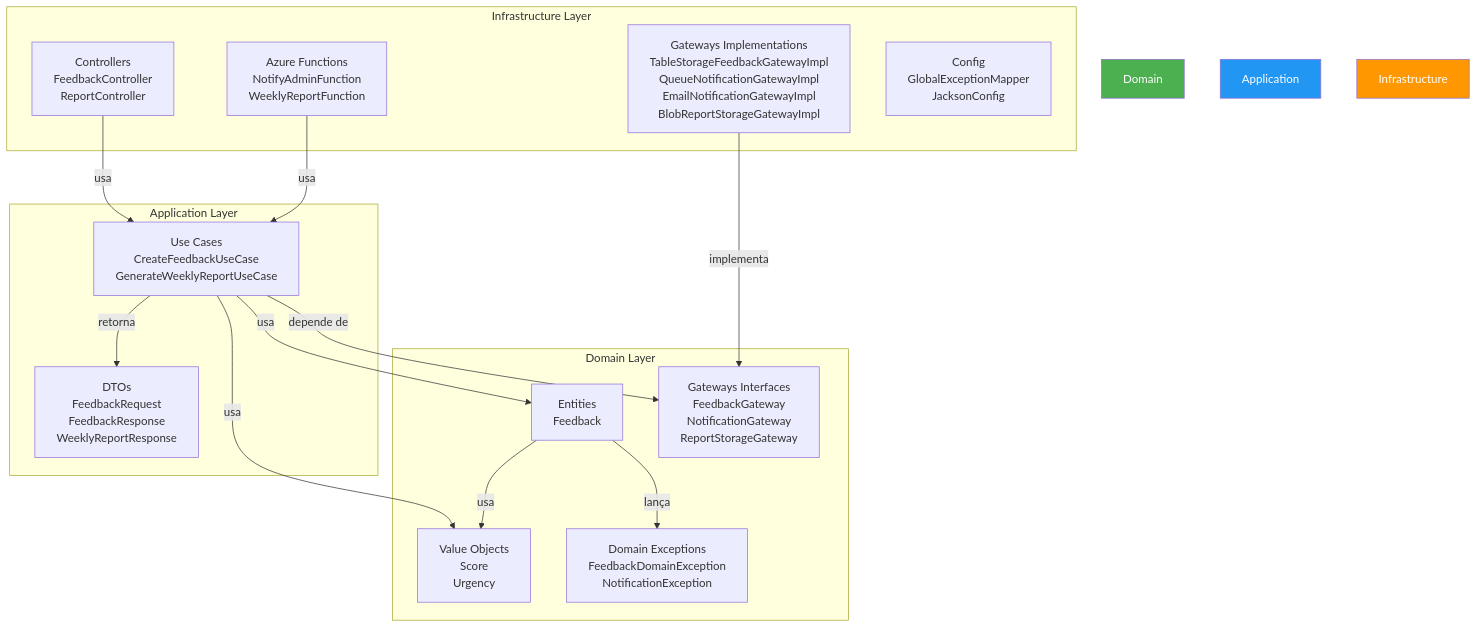
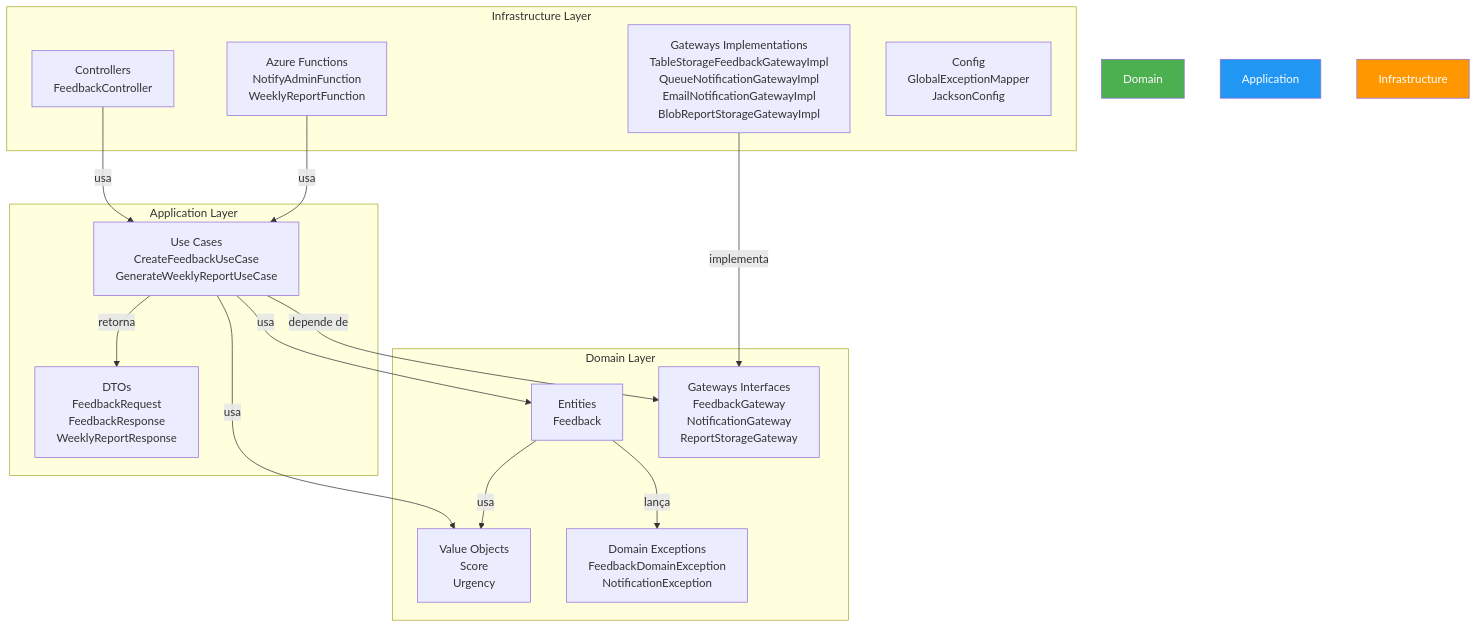
One commit to luizffdemoraes/feedback-sync changed the fifth of 9 diagrams in README.md. Above: the diagram before and after it, drawn with Mermaid. The commit also changed other lines of this file and 10 other files, not shown here.

````diff
--- a/README.md
+++ b/README.md
@@ -466,35 +438,35 @@
 ```mermaid
 graph TB
     subgraph "Infrastructure Layer"
-        Controllers[Controllers<br/>FeedbackController<br/>ReportController]
+        Controllers[Controllers<br/>FeedbackController]
         Handlers[Azure Functions<br/>NotifyAdminFunction<br/>WeeklyReportFunction]
         GatewaysImpl[Gateways Implementations<br/>TableStorageFeedbackGatewayImpl<br/>QueueNotificationGatewayImpl<br/>EmailNotificationGatewayImpl<br/>BlobReportStorageGatewayImpl]
         Config[Config<br/>GlobalExceptionMapper<br/>JacksonConfig]
     end
 
     subgraph "Application Layer"
         UseCases[Use Cases<br/>CreateFeedbackUseCase<br/>GenerateWeeklyReportUseCase]
         DTOs[DTOs<br/>FeedbackRequest<br/>FeedbackResponse<br/>WeeklyReportResponse]
     end
 
     subgraph "Domain Layer"
         Entities[Entities<br/>Feedback]
         ValueObjects[Value Objects<br/>Score<br/>Urgency]
         Gateways[Gateways Interfaces<br/>FeedbackGateway<br/>NotificationGateway<br/>ReportStorageGateway]
         Exceptions[Domain Exceptions<br/>FeedbackDomainException<br/>NotificationException]
     end
 
     Controllers -->|usa| UseCases
     Handlers -->|usa| UseCases
     UseCases -->|usa| Entities
     UseCases -->|usa| ValueObjects
     UseCases -->|depende de| Gateways
     GatewaysImpl -->|implementa| Gateways
     UseCases -->|retorna| DTOs
     Entities -->|usa| ValueObjects
     Entities -->|lança| Exceptions
 
     style Domain fill:#4CAF50,color:#fff
     style Application fill:#2196F3,color:#fff
     style Infrastructure fill:#FF9800,color:#fff
 ```
````
